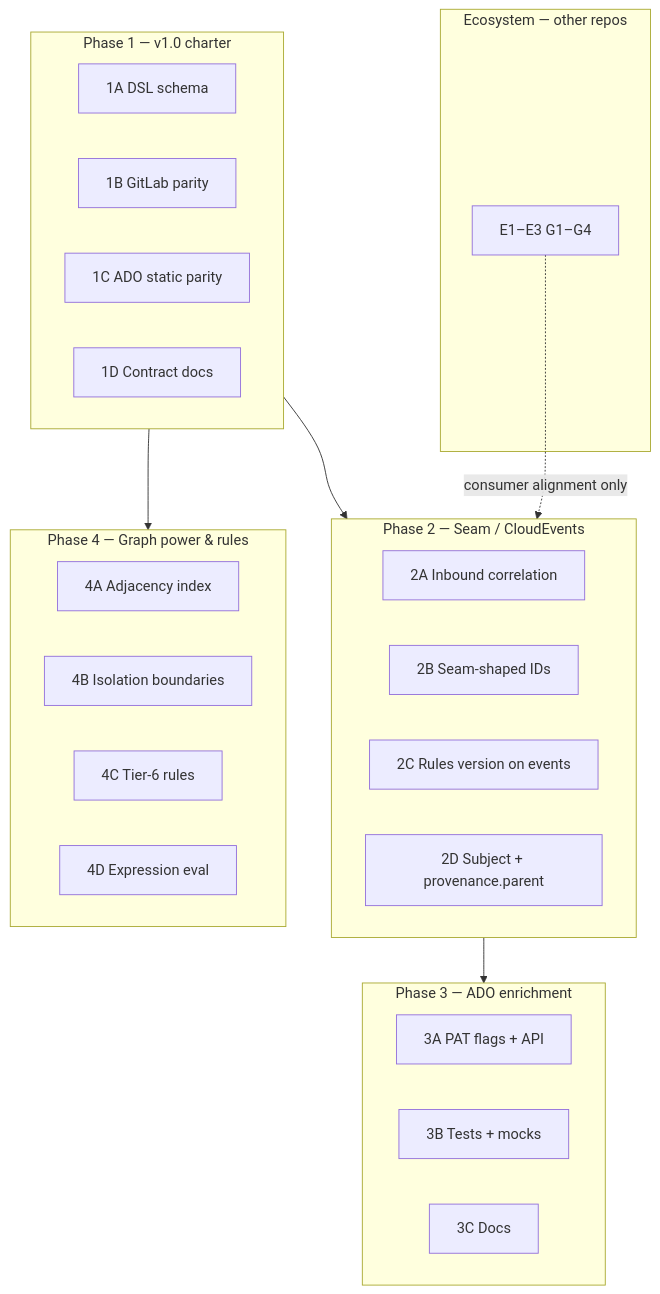
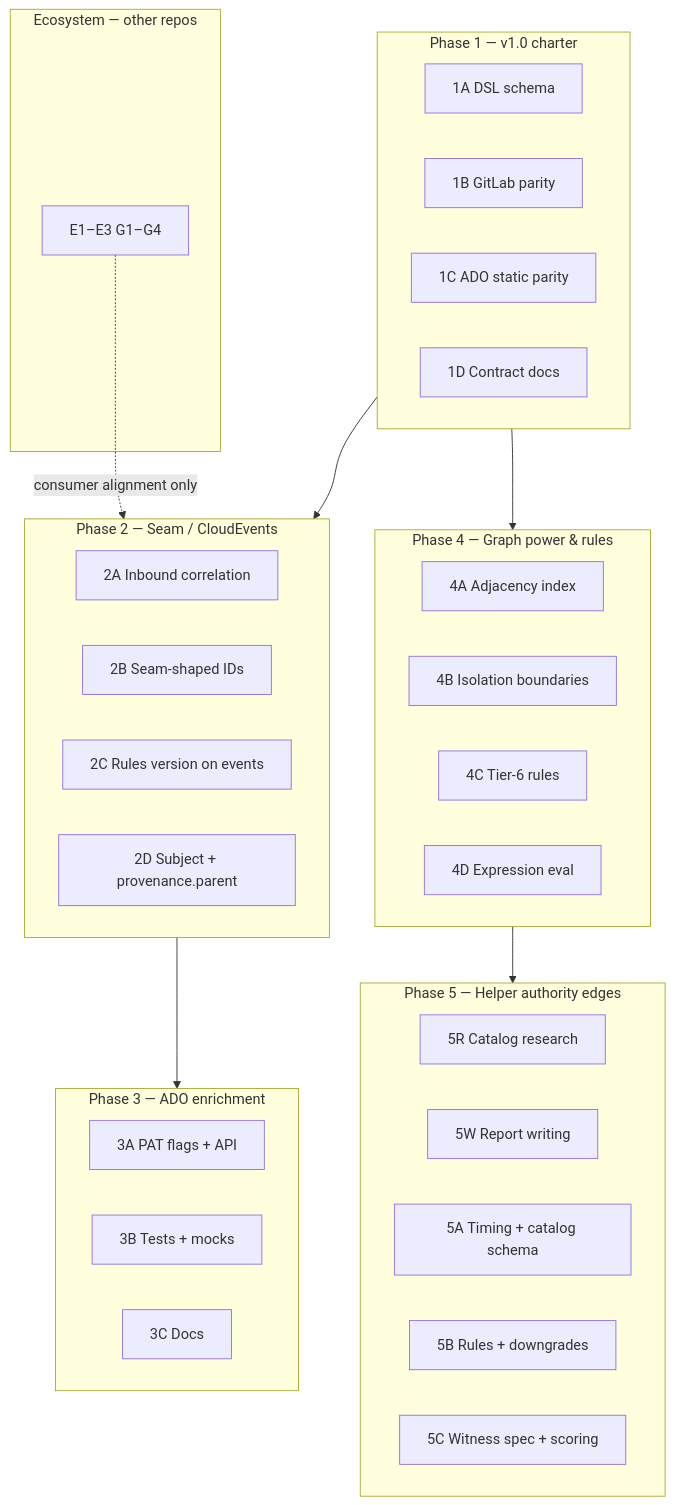
One commit to 0ryant/taudit changed the diagram in docs/jobs-phased-lanes.md. Above: the diagram before and after it, drawn with Mermaid. The commit also changed other lines of this file and 3 other files, not shown here.

Commit message:
docs(adr): define authority edge witness handoff

````diff
--- a/docs/jobs-phased-lanes.md
+++ b/docs/jobs-phased-lanes.md
@@ -74,33 +76,41 @@
 ```mermaid
 flowchart TB
   subgraph P1["Phase 1 — v1.0 charter"]
     A[1A DSL schema]
     B[1B GitLab parity]
     C[1C ADO static parity]
     D[1D Contract docs]
   end
   subgraph P2["Phase 2 — Seam / CloudEvents"]
     E[2A Inbound correlation]
     F[2B Seam-shaped IDs]
     G[2C Rules version on events]
     H[2D Subject + provenance.parent]
   end
   subgraph P3["Phase 3 — ADO enrichment"]
     I[3A PAT flags + API]
     J[3B Tests + mocks]
     K[3C Docs]
   end
   subgraph P4["Phase 4 — Graph power & rules"]
     L[4A Adjacency index]
     M[4B Isolation boundaries]
     N[4C Tier-6 rules]
     O[4D Expression eval]
   end
+  subgraph P5["Phase 5 — Helper authority edges"]
+    P[5R Catalog research]
+    Q[5W Report writing]
+    R[5A Timing + catalog schema]
+    S[5B Rules + downgrades]
+    T[5C Witness spec + scoring]
+  end
   subgraph EX["Ecosystem — other repos"]
     X[E1–E3 G1–G4]
   end
   P1 --> P2
   P2 --> P3
   P1 --> P4
+  P4 --> P5
   X -.->|consumer alignment only| P2
 ```
````
